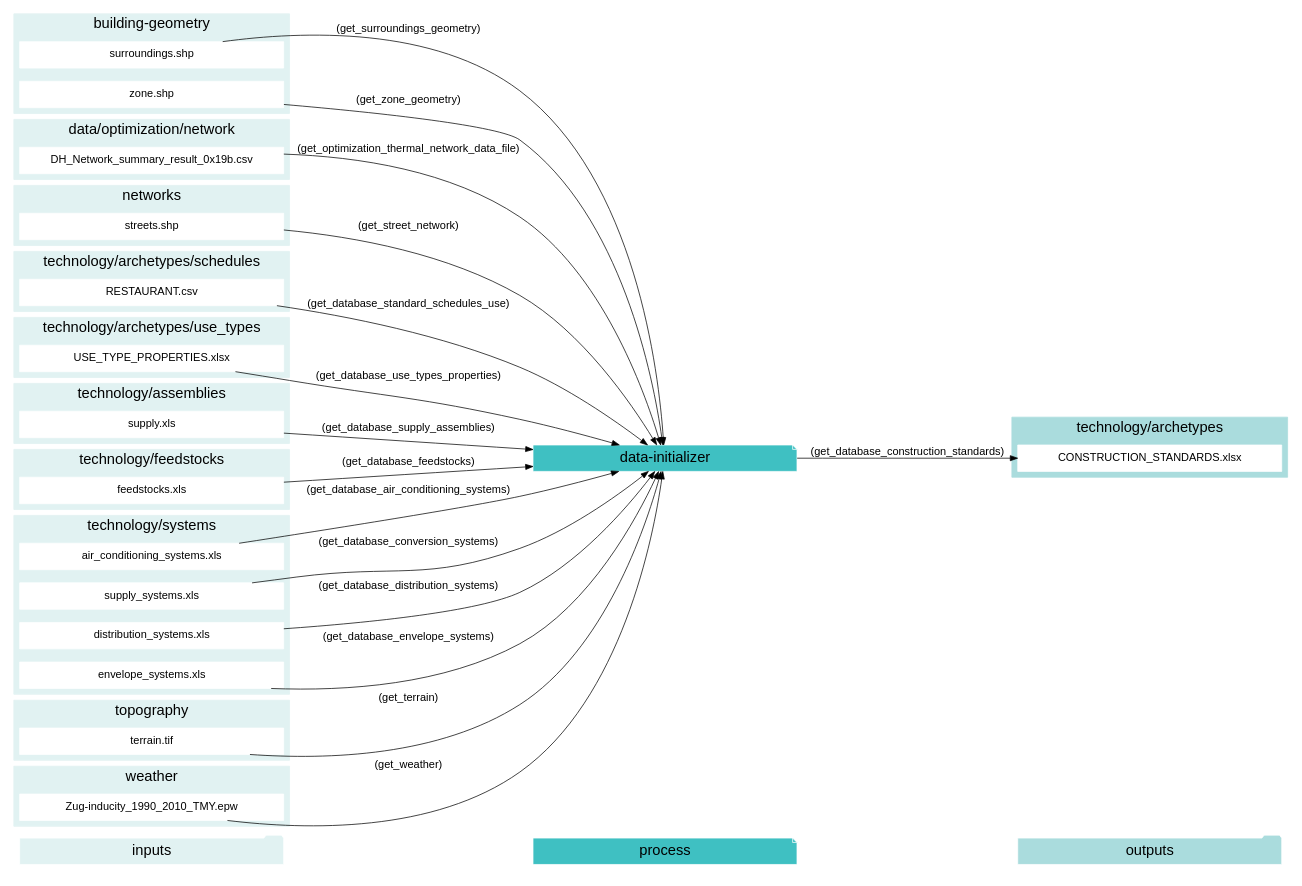
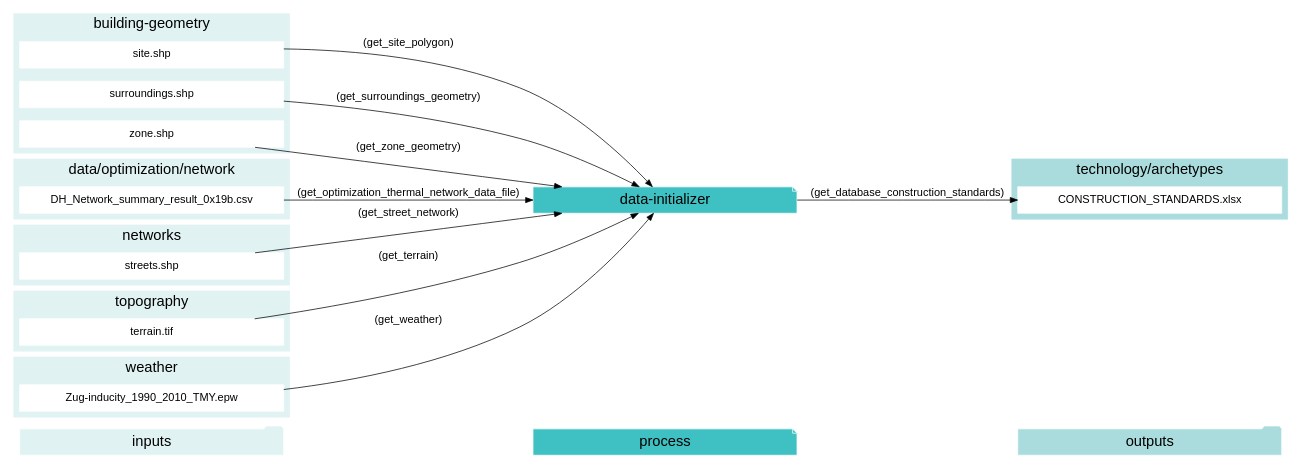
One commit to architecture-building-systems/CityEnergyAnalyst changed the diagram in docs/graphviz/data-initializer.gv. Above: the diagram before and after it, drawn with Graphviz. The commit also changed 24 other files, not shown here.

```diff
--- a/docs/graphviz/data-initializer.gv
+++ b/docs/graphviz/data-initializer.gv
@@ -1,124 +1,75 @@
 digraph trace_inputlocator {
     rankdir="LR";
     graph [overlap=false, fontname=arial];
     node [shape=box, style=filled, color=white, fontsize=15, fontname=arial, fixedsize=true, width=5];
     edge [fontname=arial, fontsize = 15]
     newrank=true
     subgraph cluster_legend {
     fontsize=25
     style=invis
     "process"[style=filled, fillcolor="#3FC0C2", shape=note, fontsize=20, fontname="arial"]
     "inputs" [style=filled, shape=folder, color=white, fillcolor="#E1F2F2", fontsize=20]
     "outputs"[style=filled, shape=folder, color=white, fillcolor="#aadcdd", fontsize=20]
     "inputs"->"process"[style=invis]
     "process"->"outputs"[style=invis]
     }
     "data-initializer"[style=filled, color=white, fillcolor="#3FC0C2", shape=note, fontsize=20, fontname=arial];
     subgraph cluster_0_in {
         style = filled;
         color = "#E1F2F2";
         fontsize = 20;
         rank=same;
         label="building-geometry";
+        "site.shp"
         "surroundings.shp"
         "zone.shp"
     }
     subgraph cluster_1_in {
         style = filled;
         color = "#E1F2F2";
         fontsize = 20;
         rank=same;
         label="data/optimization/network";
         "DH_Network_summary_result_0x19b.csv"
     }
     subgraph cluster_2_in {
         style = filled;
         color = "#E1F2F2";
         fontsize = 20;
         rank=same;
         label="networks";
         "streets.shp"
     }
     subgraph cluster_3_out {
         style = filled;
         color = "#aadcdd";
         fontsize = 20;
         rank=same;
         label="technology/archetypes";
         "CONSTRUCTION_STANDARDS.xlsx"
     }
     subgraph cluster_4_in {
         style = filled;
         color = "#E1F2F2";
         fontsize = 20;
         rank=same;
-        label="technology/archetypes/schedules";
-        "RESTAURANT.csv"
-    }
-    subgraph cluster_5_in {
-        style = filled;
-        color = "#E1F2F2";
-        fontsize = 20;
-        rank=same;
-        label="technology/archetypes/use_types";
-        "USE_TYPE_PROPERTIES.xlsx"
-    }
-    subgraph cluster_6_in {
-        style = filled;
-        color = "#E1F2F2";
-        fontsize = 20;
-        rank=same;
-        label="technology/assemblies";
-        "supply.xls"
-    }
-    subgraph cluster_7_in {
-        style = filled;
-        color = "#E1F2F2";
-        fontsize = 20;
-        rank=same;
-        label="technology/feedstocks";
-        "feedstocks.xls"
-    }
-    subgraph cluster_8_in {
-        style = filled;
-        color = "#E1F2F2";
-        fontsize = 20;
-        rank=same;
-        label="technology/systems";
-        "air_conditioning_systems.xls"
-        "supply_systems.xls"
-        "distribution_systems.xls"
-        "envelope_systems.xls"
-    }
-    subgraph cluster_9_in {
-        style = filled;
-        color = "#E1F2F2";
-        fontsize = 20;
-        rank=same;
         label="topography";
         "terrain.tif"
     }
-    subgraph cluster_10_in {
+    subgraph cluster_5_in {
         style = filled;
         color = "#E1F2F2";
         fontsize = 20;
         rank=same;
         label="weather";
         "Zug-inducity_1990_2010_TMY.epw"
     }
-    "air_conditioning_systems.xls" -> "data-initializer"[label="(get_database_air_conditioning_systems)"]
-    "supply_systems.xls" -> "data-initializer"[label="(get_database_conversion_systems)"]
-    "distribution_systems.xls" -> "data-initializer"[label="(get_database_distribution_systems)"]
-    "envelope_systems.xls" -> "data-initializer"[label="(get_database_envelope_systems)"]
-    "feedstocks.xls" -> "data-initializer"[label="(get_database_feedstocks)"]
-    "RESTAURANT.csv" -> "data-initializer"[label="(get_database_standard_schedules_use)"]
-    "supply.xls" -> "data-initializer"[label="(get_database_supply_assemblies)"]
-    "USE_TYPE_PROPERTIES.xlsx" -> "data-initializer"[label="(get_database_use_types_properties)"]
     "DH_Network_summary_result_0x19b.csv" -> "data-initializer"[label="(get_optimization_thermal_network_data_file)"]
+    "site.shp" -> "data-initializer"[label="(get_site_polygon)"]
     "streets.shp" -> "data-initializer"[label="(get_street_network)"]
     "surroundings.shp" -> "data-initializer"[label="(get_surroundings_geometry)"]
     "terrain.tif" -> "data-initializer"[label="(get_terrain)"]
     "Zug-inducity_1990_2010_TMY.epw" -> "data-initializer"[label="(get_weather)"]
     "zone.shp" -> "data-initializer"[label="(get_zone_geometry)"]
     "data-initializer" -> "CONSTRUCTION_STANDARDS.xlsx"[label="(get_database_construction_standards)"]
     }
```
